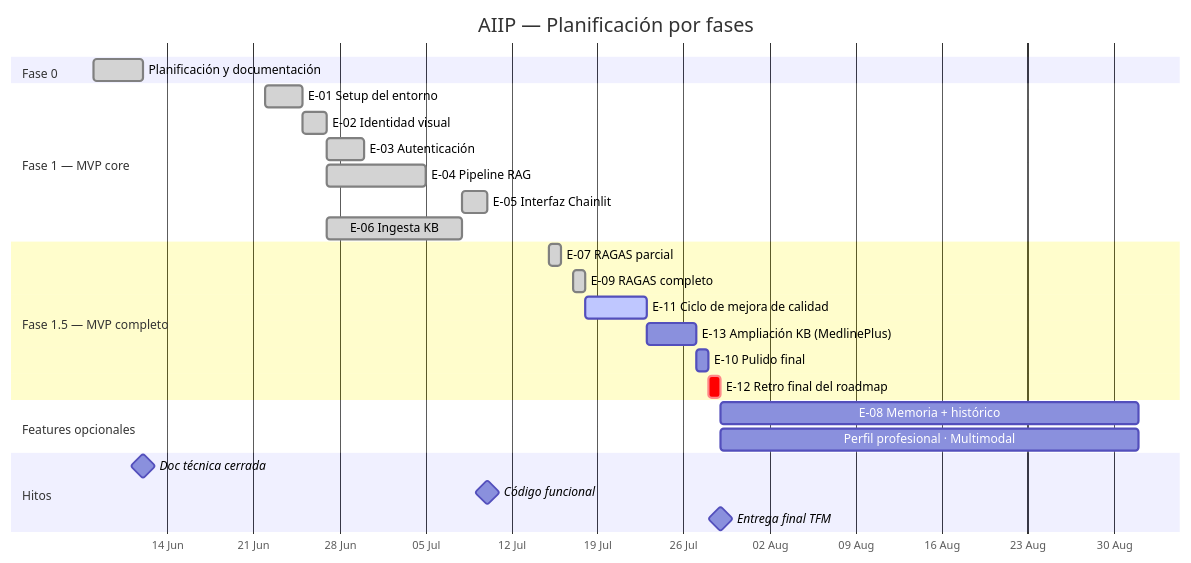
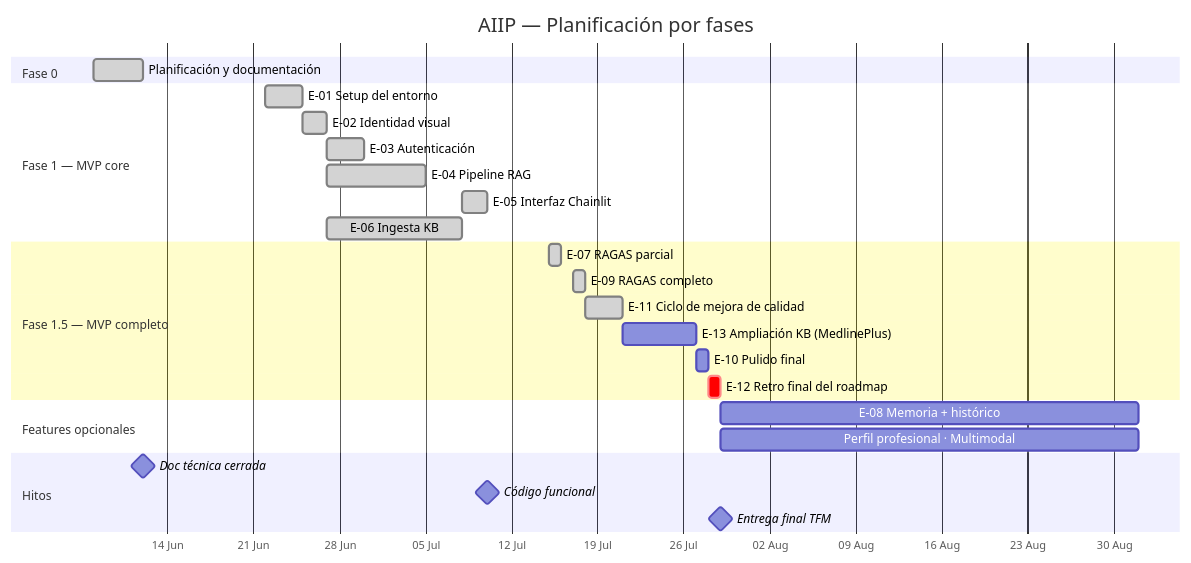
The diagram in README.md (mimpho/aiip), drawn with Mermaid before and after one commit. The commit also changed other lines of this file and 3 other files, not shown here.

````diff
--- a/README.md
+++ b/README.md
@@ -68,34 +68,34 @@
 ```mermaid
 gantt
     title AIIP — Planificación por fases
     dateFormat  YYYY-MM-DD
     axisFormat  %d %b
 
     section Fase 0
     Planificación y documentación     :done,    f0, 2026-06-08, 2026-06-12
 
     section Fase 1 — MVP core
     E-01 Setup del entorno            :done,    e01, 2026-06-22, 2026-06-25
     E-02 Identidad visual             :done,    e02, 2026-06-25, 2026-06-27
     E-03 Autenticación                :done,    e03, 2026-06-27, 2026-06-30
     E-04 Pipeline RAG                 :done,    e04, 2026-06-27, 2026-07-05
     E-05 Interfaz Chainlit            :done,    e05, 2026-07-08, 2026-07-10
     E-06 Ingesta KB                   :done,    e06, 2026-06-27, 2026-07-08
 
     section Fase 1.5 — MVP completo
     E-07 RAGAS parcial                :done,    e07, 2026-07-15, 2026-07-16
     E-09 RAGAS completo                :done,    e09, 2026-07-17, 2026-07-18
-    E-11 Ciclo de mejora de calidad   :active,  e11, 2026-07-18, 2026-07-23
-    E-13 Ampliación KB (MedlinePlus)  :         e13, 2026-07-23, 2026-07-27
+    E-11 Ciclo de mejora de calidad   :done,    e11, 2026-07-18, 2026-07-21
+    E-13 Ampliación KB (MedlinePlus)  :         e13, 2026-07-21, 2026-07-27
     E-10 Pulido final                 :         e10, 2026-07-27, 2026-07-28
     E-12 Retro final del roadmap      :crit,    e12, 2026-07-28, 2026-07-29
 
     section Features opcionales
     E-08 Memoria + histórico          :         e08, 2026-07-29, 2026-09-01
     Perfil profesional · Multimodal   :         fo, 2026-07-29, 2026-09-01
 
     section Hitos
     Doc técnica cerrada               :milestone, 2026-06-12, 0d
     Código funcional                  :milestone, 2026-07-10, 0d
     Entrega final TFM                 :milestone, 2026-07-29, 0d
 ```
````
